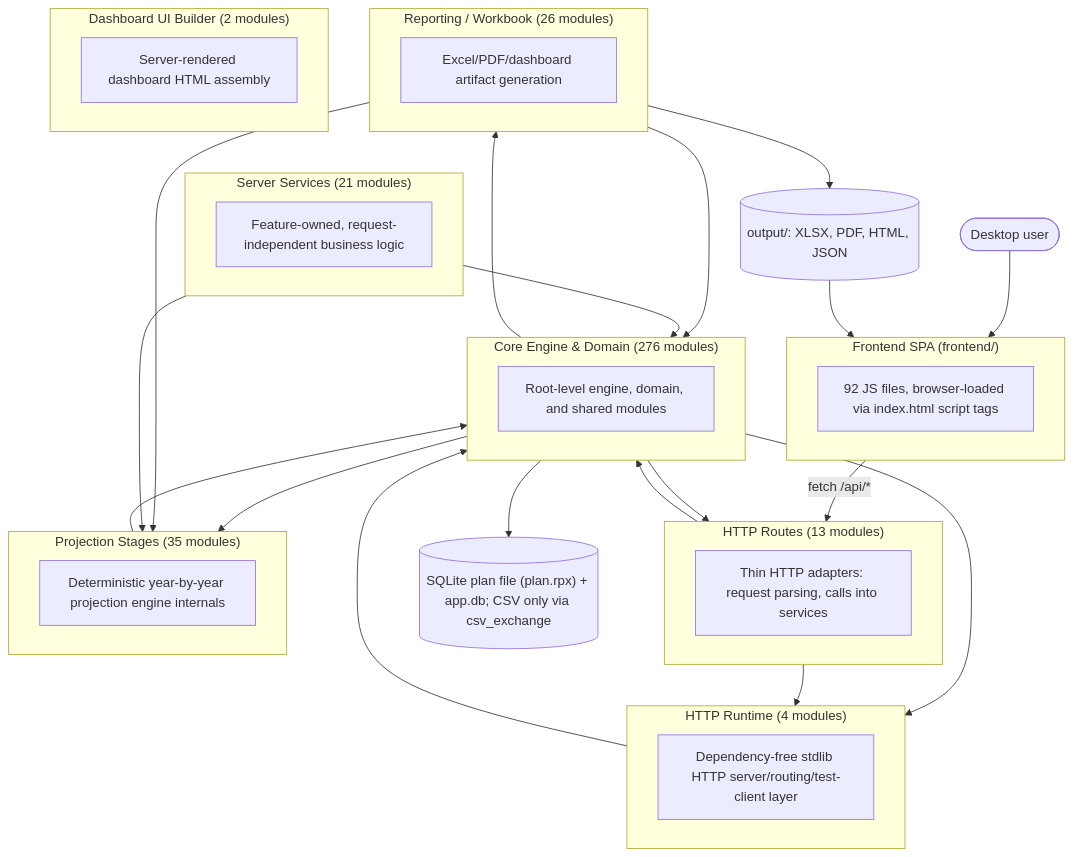
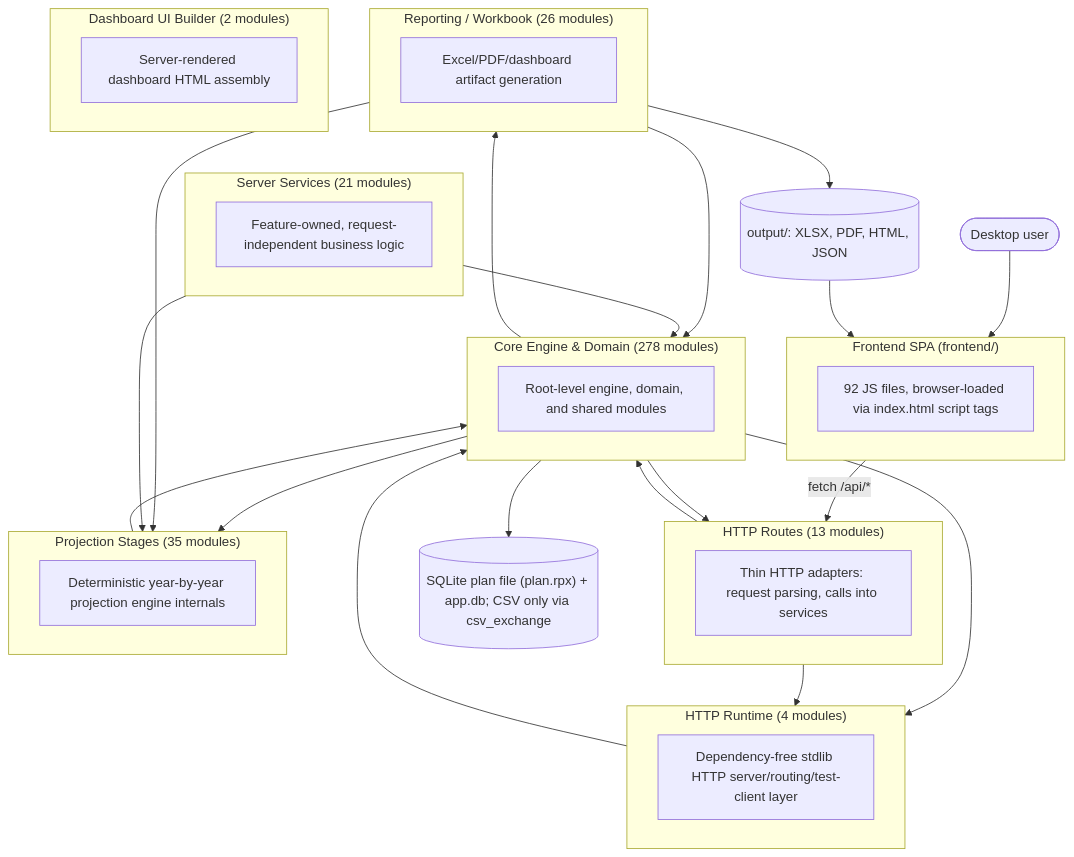
The first of 2 diagrams in documentation/reference/SYSTEM_ARCHITECTURE_DIAGRAM.md (matthartzman/retirement_system), drawn with Mermaid before and after one commit. The commit also changed other lines of this file, not shown here.

Commit message:
docs: regenerate system architecture diagram

````diff
--- a/documentation/reference/SYSTEM_ARCHITECTURE_DIAGRAM.md
+++ b/documentation/reference/SYSTEM_ARCHITECTURE_DIAGRAM.md
@@ -11,44 +11,44 @@
 ```mermaid
 flowchart TB
     User(["Desktop user"]) --> FE
     subgraph FE["Frontend SPA (frontend/)"]
         FEcount["92 JS files, browser-loaded via index.html script tags"]
     end
     FE -->|fetch /api/*| L_HTTP_Routes
     subgraph L_HTTP_Routes["HTTP Routes (13 modules)"]
         L_HTTP_Routes_d["Thin HTTP adapters: request parsing, calls into services"]
     end
     subgraph L_Server_Services["Server Services (21 modules)"]
         L_Server_Services_d["Feature-owned, request-independent business logic"]
     end
     subgraph L_HTTP_Runtime["HTTP Runtime (4 modules)"]
         L_HTTP_Runtime_d["Dependency-free stdlib HTTP server/routing/test-client layer"]
     end
-    subgraph L_Core_Engine___Domain["Core Engine & Domain (276 modules)"]
+    subgraph L_Core_Engine___Domain["Core Engine & Domain (278 modules)"]
         L_Core_Engine___Domain_d["Root-level engine, domain, and shared modules"]
     end
     subgraph L_Projection_Stages["Projection Stages (35 modules)"]
         L_Projection_Stages_d["Deterministic year-by-year projection engine internals"]
     end
     subgraph L_Reporting___Workbook["Reporting / Workbook (26 modules)"]
         L_Reporting___Workbook_d["Excel/PDF/dashboard artifact generation"]
     end
     subgraph L_Dashboard_UI_Builder["Dashboard UI Builder (2 modules)"]
         L_Dashboard_UI_Builder_d["Server-rendered dashboard HTML assembly"]
     end
     L_Core_Engine___Domain --> L_HTTP_Routes
     L_Core_Engine___Domain --> L_HTTP_Runtime
     L_Core_Engine___Domain --> L_Projection_Stages
     L_Core_Engine___Domain --> L_Reporting___Workbook
     L_HTTP_Routes --> L_Core_Engine___Domain
     L_HTTP_Routes --> L_HTTP_Runtime
     L_HTTP_Runtime --> L_Core_Engine___Domain
     L_Projection_Stages --> L_Core_Engine___Domain
     L_Reporting___Workbook --> L_Core_Engine___Domain
     L_Reporting___Workbook --> L_Projection_Stages
     L_Server_Services --> L_Core_Engine___Domain
     L_Server_Services --> L_Projection_Stages
     L_Core_Engine___Domain --> DB[("SQLite plan file (plan.rpx) + app.db; CSV only via csv_exchange")]
     L_Reporting___Workbook --> Outputs[("output/: XLSX, PDF, HTML, JSON")]
     Outputs --> FE
 ```
````
